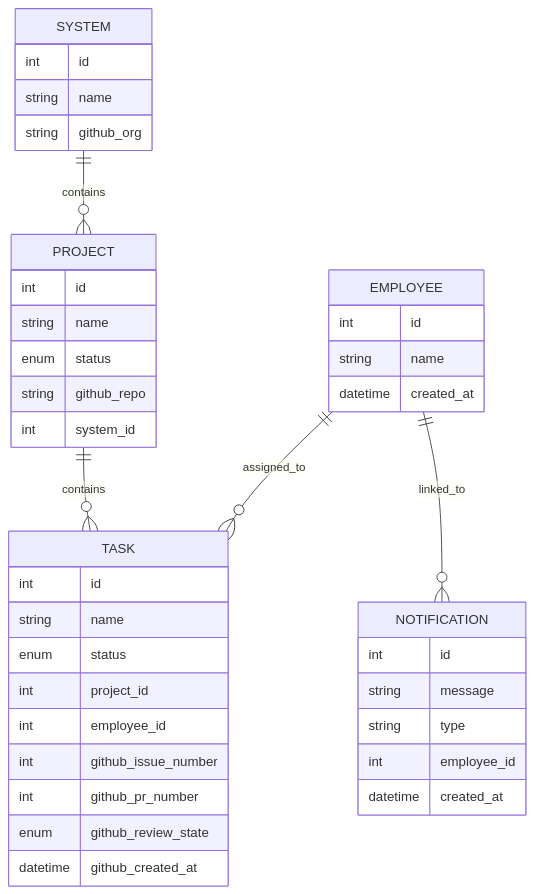
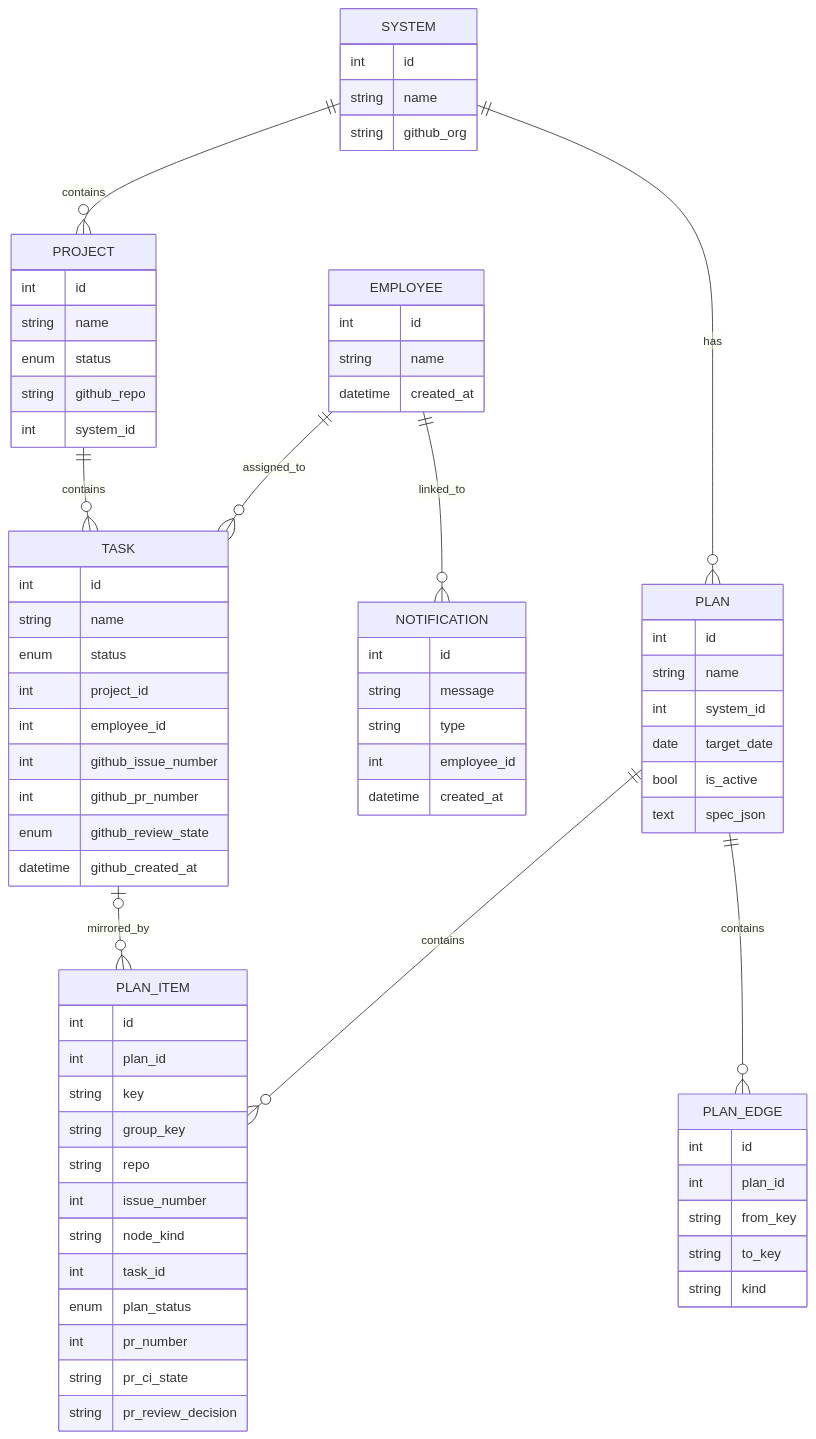
The diagram in docs/domains/business_logic.md (jjdiazdev/Vision), drawn with Mermaid before and after one commit. The commit also changed other lines of this file and 42 other files, not shown here.

````diff
--- a/docs/domains/business_logic.md
+++ b/docs/domains/business_logic.md
@@ -53,4 +53,41 @@
         datetime created_at
     }
     EMPLOYEE ||--o{ NOTIFICATION : linked_to
+
+    SYSTEM ||--o{ PLAN : has
+    PLAN ||--o{ PLAN_ITEM : contains
+    PLAN ||--o{ PLAN_EDGE : contains
+    TASK |o--o{ PLAN_ITEM : mirrored_by
+
+    PLAN {
+        int id
+        string name
+        int system_id
+        date target_date
+        bool is_active
+        text spec_json
+    }
+
+    PLAN_ITEM {
+        int id
+        int plan_id
+        string key
+        string group_key
+        string repo
+        int issue_number
+        string node_kind
+        int task_id
+        enum plan_status
+        int pr_number
+        string pr_ci_state
+        string pr_review_decision
+    }
+
+    PLAN_EDGE {
+        int id
+        int plan_id
+        string from_key
+        string to_key
+        string kind
+    }
 ```
````
